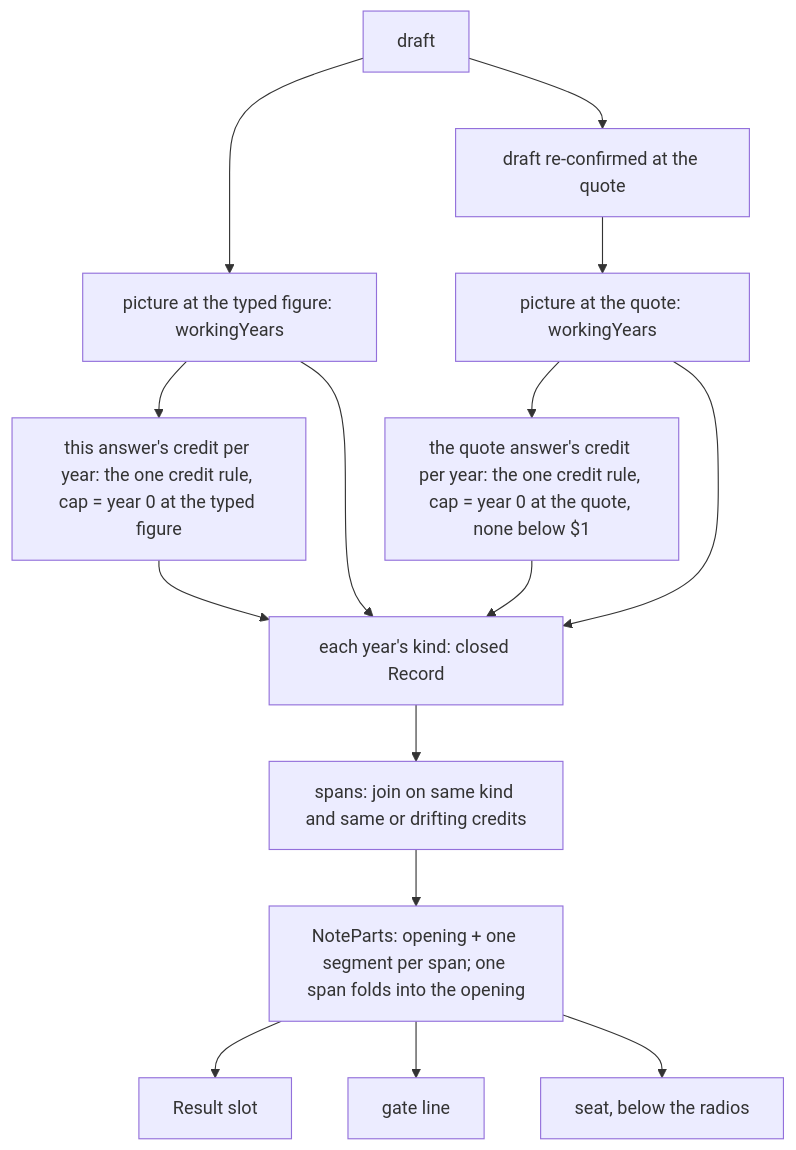
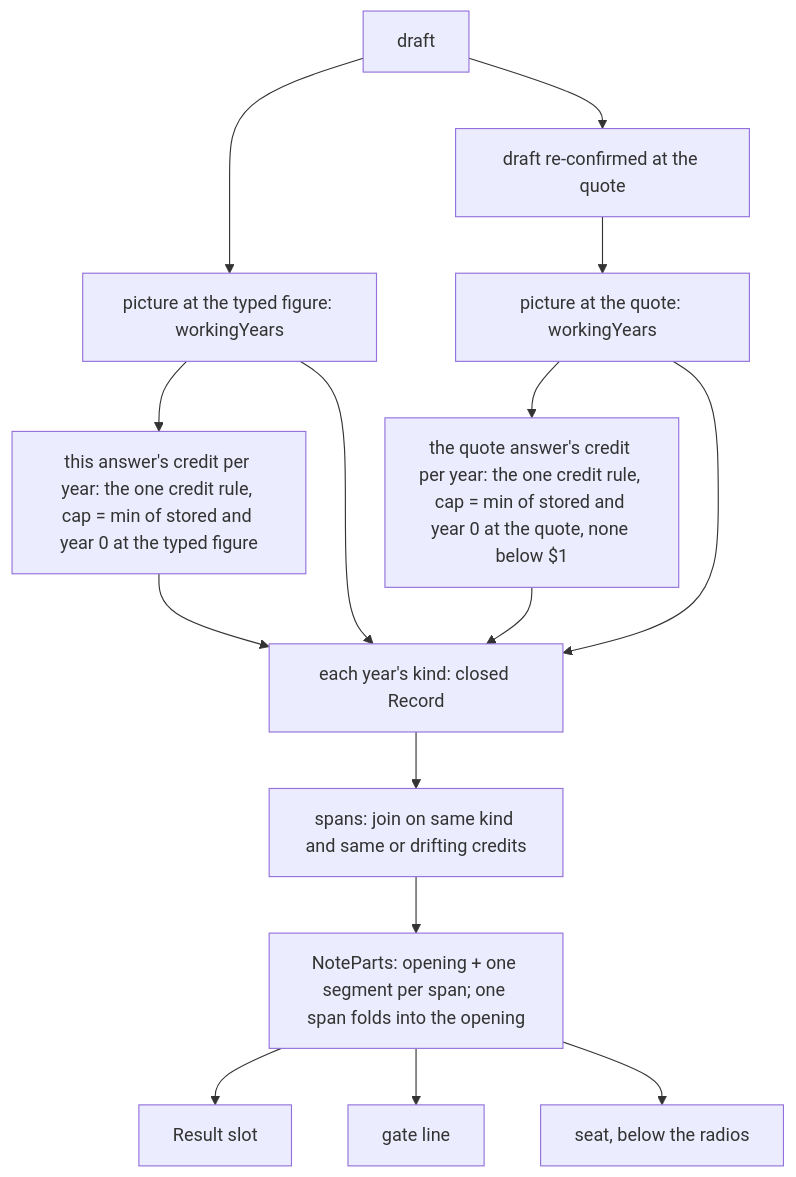
One commit to mbriggsy/ai-learning-journey changed the diagram in projects/the-back-nine/docs/plans/features/typed-below-whole-window-rebuild-spec.md. Above: the diagram before and after it, drawn with Mermaid. The commit also changed other lines of this file, not shown here.

````diff
--- a/projects/the-back-nine/docs/plans/features/typed-below-whole-window-rebuild-spec.md
+++ b/projects/the-back-nine/docs/plans/features/typed-below-whole-window-rebuild-spec.md
@@ -121,14 +125,14 @@
 ```mermaid
 flowchart TB
   D[draft] --> PW[picture at the typed figure: workingYears]
   D --> RQ[draft re-confirmed at the quote] --> PQ[picture at the quote: workingYears]
-  PW --> CW[this answer's credit per year: the one credit rule, cap = year 0 at the typed figure]
-  PQ --> CQ[the quote answer's credit per year: the one credit rule, cap = year 0 at the quote, none below $1]
+  PW --> CW[this answer's credit per year: the one credit rule, cap = min of stored and year 0 at the typed figure]
+  PQ --> CQ[the quote answer's credit per year: the one credit rule, cap = min of stored and year 0 at the quote, none below $1]
   CW --> K[each year's kind: closed Record]
   CQ --> K
   PW --> K
   PQ --> K
   K --> S[spans: join on same kind and same or drifting credits]
   S --> P[NoteParts: opening + one segment per span; one span folds into the opening]
   P --> R[Result slot] & G[gate line] & T[seat, below the radios]
 ```
````
